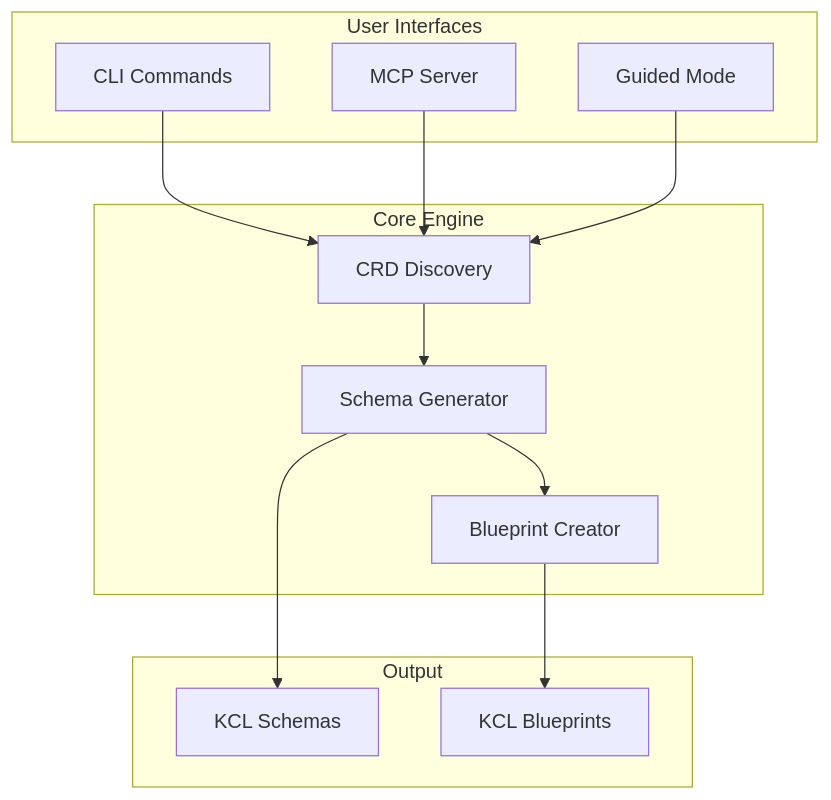
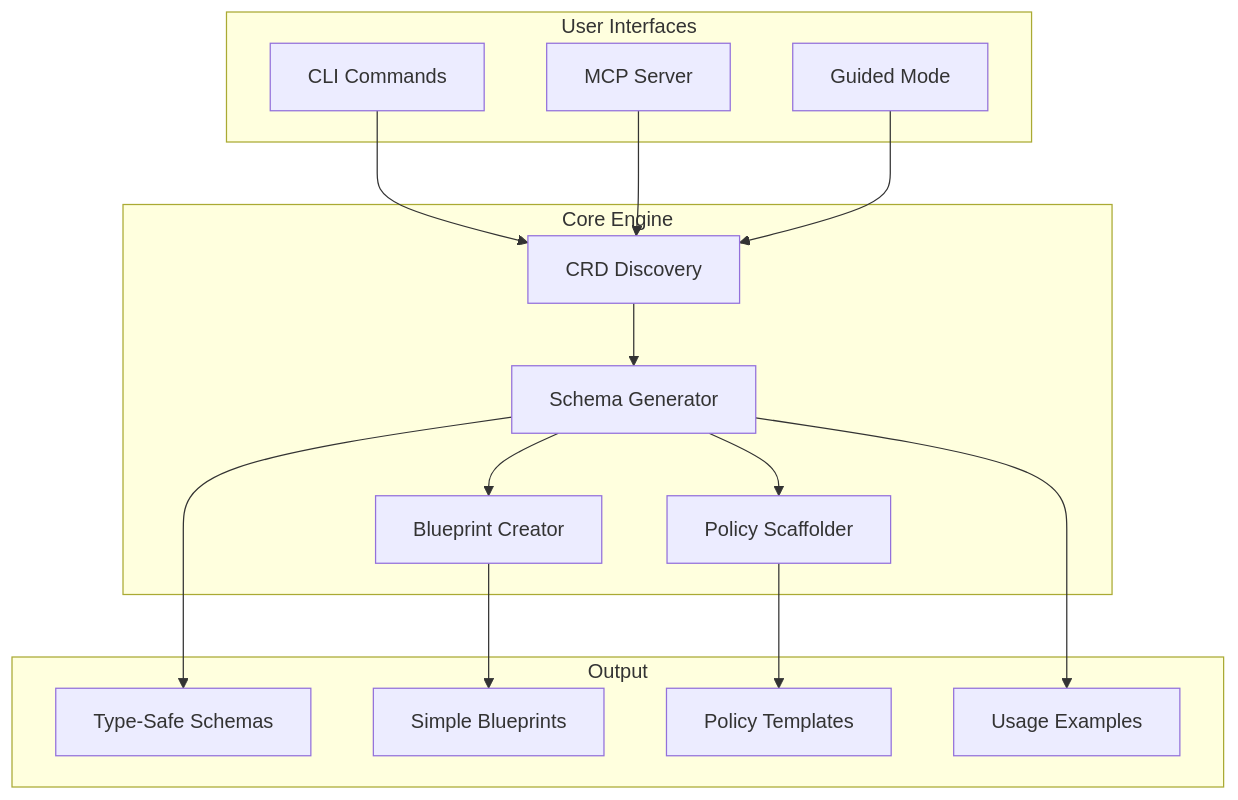
The second of 2 diagrams in docs/index.md (segoja7/agnostic-multicloud-delivery-framework), drawn with Mermaid before and after one commit. The commit also changed other lines of this file and 8 other files, not shown here.

Commit message:
docs: update docs with new features and diagrams

````diff
--- a/docs/index.md
+++ b/docs/index.md
@@ -69,27 +183,33 @@
 ```mermaid
 graph TB
     subgraph "User Interfaces"
         CLI[CLI Commands]
         MCP[MCP Server]
         GUI[Guided Mode]
     end
 
     subgraph "Core Engine"
         DISC[CRD Discovery]
         GEN[Schema Generator]
         BP[Blueprint Creator]
+        POL[Policy Scaffolder]
     end
 
     subgraph "Output"
-        SCHEMA[KCL Schemas]
-        BLUE[KCL Blueprints]
+        SCHEMA[Type-Safe Schemas]
+        BLUE[Simple Blueprints]
+        POLICY[Policy Templates]
+        EXAMPLE[Usage Examples]
     end
 
     CLI --> DISC
     MCP --> DISC
     GUI --> DISC
     DISC --> GEN
     GEN --> BP
+    GEN --> POL
     GEN --> SCHEMA
     BP --> BLUE
+    POL --> POLICY
+    GEN --> EXAMPLE
 ```
````
